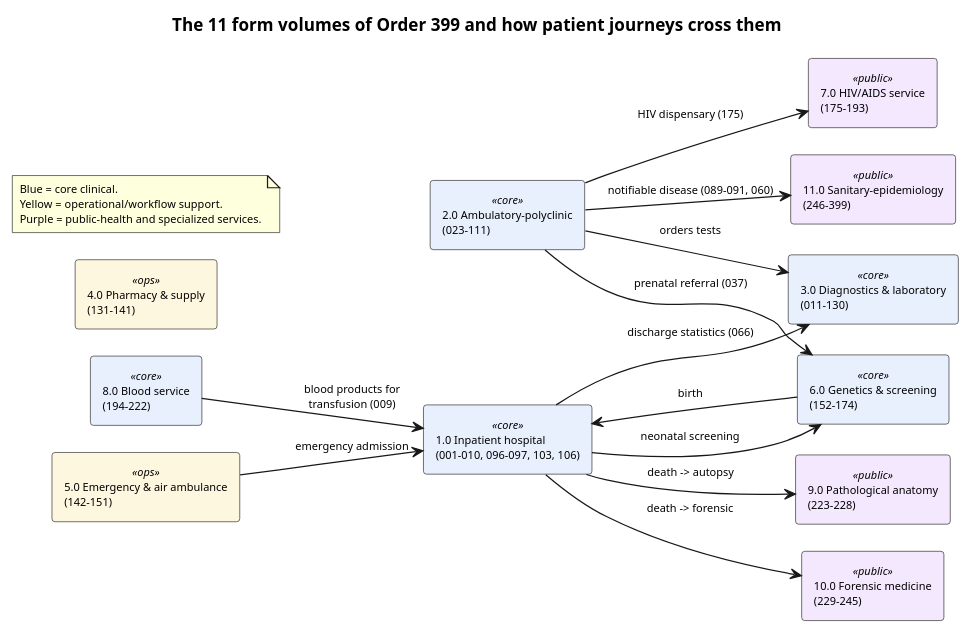
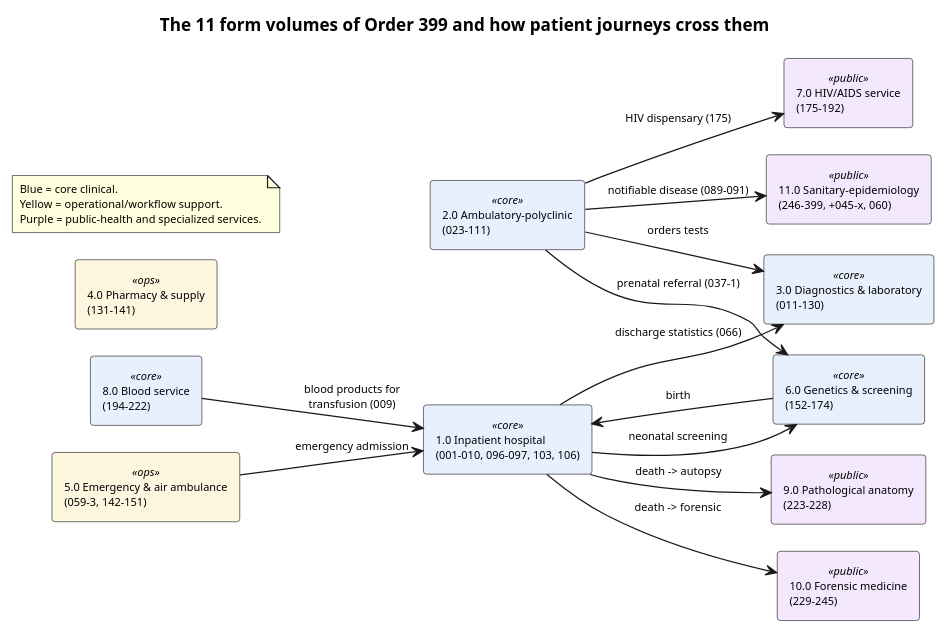
One commit to uzinfocom-org/digital-health-integration changed the diagram in input/images-source/forms-volumes-map.plantuml. Above: the diagram before and after it, drawn with PlantUML. The commit also changed 17 other files, not shown here.

```diff
--- a/input/images-source/forms-volumes-map.plantuml
+++ b/input/images-source/forms-volumes-map.plantuml
@@ -1,45 +1,45 @@
 @startuml forms-volumes-map
 hide empty members
 left to right direction
 skinparam defaultFontSize 9
 skinparam ranksep 24
 skinparam nodesep 22
 skinparam rectangle {
   BackgroundColor<<core>> #E8F0FE
   BackgroundColor<<ops>> #FEF7E0
   BackgroundColor<<public>> #F3E8FD
 }
 title The 11 form volumes of Order 399 and how patient journeys cross them
 
 rectangle "1.0 Inpatient hospital\n(001-010, 096-097, 103, 106)" as V1 <<core>> [[forms-volume-01-inpatient.html]]
 rectangle "2.0 Ambulatory-polyclinic\n(023-111)" as V2 <<core>> [[forms-volume-02-ambulatory.html]]
 rectangle "3.0 Diagnostics & laboratory\n(011-130)" as V3 <<core>> [[forms-volume-03-diagnostics-laboratory.html]]
 rectangle "6.0 Genetics & screening\n(152-174)" as V6 <<core>> [[forms-volume-06-genetics-screening.html]]
 rectangle "8.0 Blood service\n(194-222)" as V8 <<core>> [[forms-volume-08-blood-service.html]]
-rectangle "7.0 HIV/AIDS service\n(175-193)" as V7 <<public>> [[forms-volume-07-hiv.html]]
+rectangle "7.0 HIV/AIDS service\n(175-192)" as V7 <<public>> [[forms-volume-07-hiv.html]]
 
 rectangle "4.0 Pharmacy & supply\n(131-141)" as V4 <<ops>> [[forms-volume-04-pharmacy.html]]
-rectangle "5.0 Emergency & air ambulance\n(142-151)" as V5 <<ops>> [[forms-volume-05-emergency.html]]
+rectangle "5.0 Emergency & air ambulance\n(059-3, 142-151)" as V5 <<ops>> [[forms-volume-05-emergency.html]]
 
 rectangle "9.0 Pathological anatomy\n(223-228)" as V9 <<public>> [[forms-volume-09-pathology.html]]
 rectangle "10.0 Forensic medicine\n(229-245)" as V10 <<public>> [[forms-volume-10-forensic.html]]
-rectangle "11.0 Sanitary-epidemiology\n(246-399)" as V11 <<public>> [[forms-volume-11-sanitary-epidemiology.html]]
+rectangle "11.0 Sanitary-epidemiology\n(246-399, +045-x, 060)" as V11 <<public>> [[forms-volume-11-sanitary-epidemiology.html]]
 
 V2 --> V3 : orders tests
-V2 --> V6 : prenatal referral (037)
+V2 --> V6 : prenatal referral (037-1)
 V6 --> V1 : birth
 V1 --> V6 : neonatal screening
 V8 --> V1 : blood products for\ntransfusion (009)
 V1 --> V3 : discharge statistics (066)
 V2 --> V7 : HIV dispensary (175)
 V1 --> V9 : death -> autopsy
 V1 --> V10 : death -> forensic
-V2 --> V11 : notifiable disease (089-091, 060)
+V2 --> V11 : notifiable disease (089-091)
 V5 --> V1 : emergency admission
 
 note as N
   Blue = core clinical.
   Yellow = operational/workflow support.
   Purple = public-health and specialized services.
 end note
 @enduml
```
